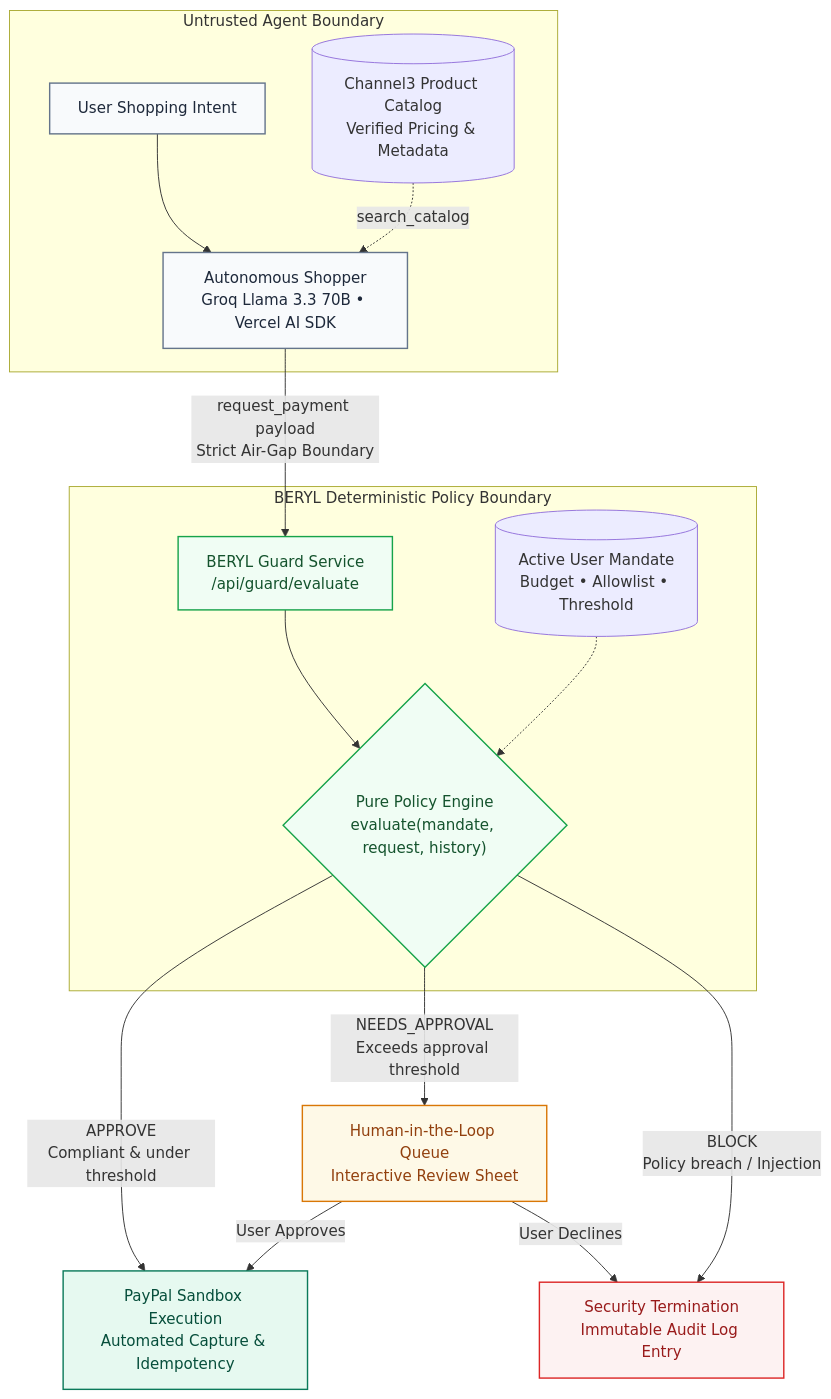
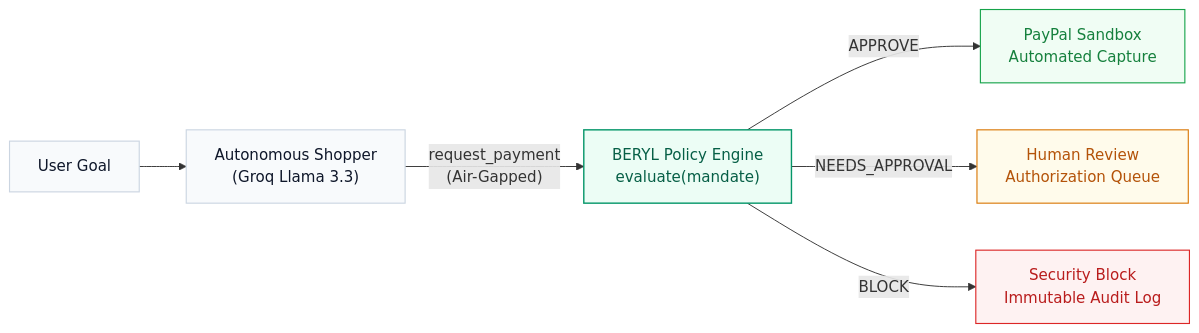
Before and after one commit to aahanakabdugale/Beryl: the diagram in README.md, drawn with Mermaid.

Commit message:
refined readme

````diff
--- a/README.md
+++ b/README.md
@@ -40,36 +40,20 @@
 ```mermaid
-flowchart TD
-    subgraph AgentZone ["Untrusted Agent Boundary"]
-        User["User Shopping Intent"]
-        Agent["Autonomous Shopper<br/>Groq Llama 3.3 70B &bull; Vercel AI SDK"]
-        Catalog[("Channel3 Product Catalog<br/>Verified Pricing & Metadata")]
-        User --> Agent
-        Catalog -.->|"search_catalog"| Agent
-    end
+flowchart LR
+    Goal["User Goal"] --> Agent["Autonomous Shopper<br/>(Groq Llama 3.3)"]
+    Agent -->|"request_payment<br/>(Air-Gapped)"| Guard["BERYL Policy Engine<br/>evaluate(mandate)"]
 
-    Agent -->|"request_payment payload<br/>Strict Air-Gap Boundary"| GuardAPI["BERYL Guard Service<br/>/api/guard/evaluate"]
+    Guard -->|"APPROVE"| PayPal["PayPal Sandbox<br/>Automated Capture"]
+    Guard -->|"NEEDS_APPROVAL"| Review["Human Review<br/>Authorization Queue"]
+    Guard -->|"BLOCK"| Block["Security Block<br/>Immutable Audit Log"]
 
-    subgraph PolicyZone ["BERYL Deterministic Policy Boundary"]
-        GuardAPI --> Engine{"Pure Policy Engine<br/>evaluate(mandate, request, history)"}
-        Mandates[("Active User Mandate<br/>Budget &bull; Allowlist &bull; Threshold")] -.-> Engine
-    end
+    classDef default fill:#f8fafc,stroke:#cbd5e1,stroke-width:1.2px,color:#0f172a;
+    classDef core fill:#ecfdf5,stroke:#059669,stroke-width:1.5px,color:#065f46;
+    classDef approve fill:#f0fdf4,stroke:#16a34a,stroke-width:1.2px,color:#15803d;
+    classDef review fill:#fffbeb,stroke:#d97706,stroke-width:1.2px,color:#b45309;
+    classDef block fill:#fef2f2,stroke:#dc2626,stroke-width:1.2px,color:#b91c1c;
 
-    Engine -->|"APPROVE<br/>Compliant & under threshold"| PayPal["PayPal Sandbox Execution<br/>Automated Capture & Idempotency"]
-    Engine -->|"NEEDS_APPROVAL<br/>Exceeds approval threshold"| Review["Human-in-the-Loop Queue<br/>Interactive Review Sheet"]
-    Engine -->|"BLOCK<br/>Policy breach / Injection"| Block["Security Termination<br/>Immutable Audit Log Entry"]
-
-    Review -->|"User Approves"| PayPal
-    Review -->|"User Declines"| Block
-
-    classDef approve fill:#e6f9f0,stroke:#0b7a5a,stroke-width:1.5px,color:#064e3b;
-    classDef review fill:#fef9e7,stroke:#d97706,stroke-width:1.5px,color:#92400e;
-    classDef block fill:#fdf2f2,stroke:#dc2626,stroke-width:1.5px,color:#991b1b;
-    classDef core fill:#f0fdf4,stroke:#16a34a,stroke-width:1.5px,color:#14532d;
-    classDef agent fill:#f8fafc,stroke:#64748b,stroke-width:1.5px,color:#1e293b;
-
+    class Guard core;
     class PayPal approve;
     class Review review;
     class Block block;
-    class Engine,GuardAPI core;
-    class Agent,User agent;
 ```
````
